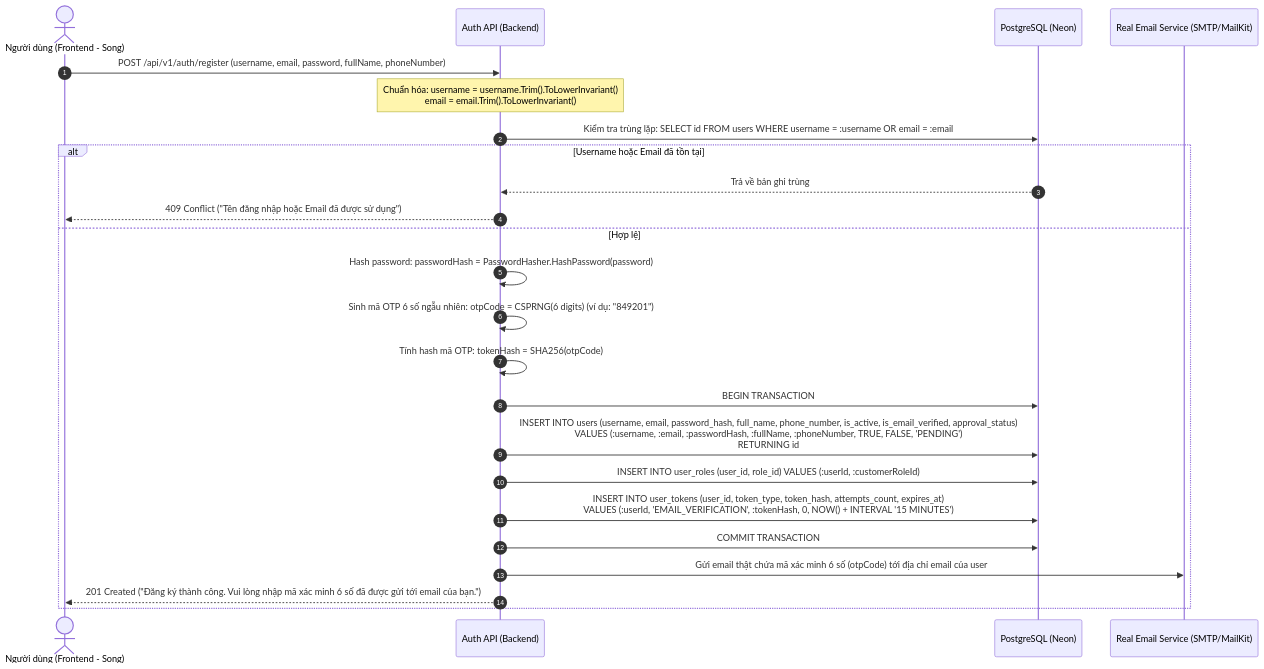
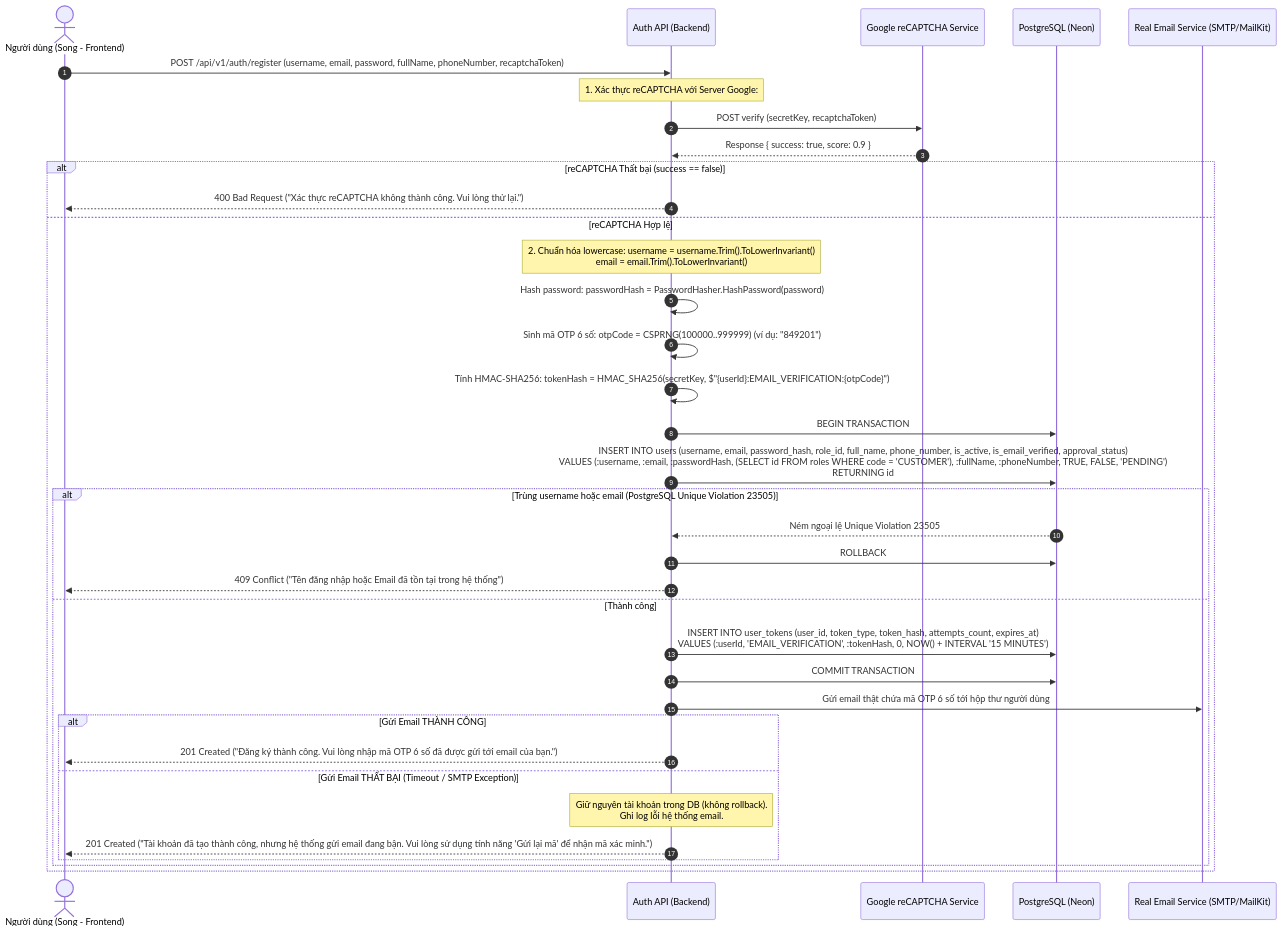
The first of 3 diagrams in docs/database/09_ACCOUNTS_AUTH_FLOWS.md (silver-phung/smart-parking-system), drawn with Mermaid before and after one commit. The commit also changed other lines of this file and 8 other files, not shown here.

First line of the commit message:
docs(database): finalize accounts database design and ERD specifications

````diff
--- a/docs/database/09_ACCOUNTS_AUTH_FLOWS.md
+++ b/docs/database/09_ACCOUNTS_AUTH_FLOWS.md
@@ -18,27 +35,42 @@
 ```mermaid
 sequenceDiagram
     autonumber
-    actor Client as Người dùng (Frontend - Song)
+    actor Client as Người dùng (Song - Frontend)
     participant API as Auth API (Backend)
+    participant reCAPTCHA as Google reCAPTCHA Service
     participant DB as PostgreSQL (Neon)
     participant Mail as Real Email Service (SMTP/MailKit)
 
-    Client->>API: POST /api/v1/auth/register (username, email, password, fullName, phoneNumber)
-    Note over API: Chuẩn hóa: username = username.Trim().ToLowerInvariant()<br/>email = email.Trim().ToLowerInvariant()
-    API->>DB: Kiểm tra trùng lặp: SELECT id FROM users WHERE username = :username OR email = :email
-    alt Username hoặc Email đã tồn tại
-        DB-->>API: Trả về bản ghi trùng
-        API-->>Client: 409 Conflict ("Tên đăng nhập hoặc Email đã được sử dụng")
-    else Hợp lệ
+    Client->>API: POST /api/v1/auth/register (username, email, password, fullName, phoneNumber, recaptchaToken)
+    
+    Note over API: 1. Xác thực reCAPTCHA với Server Google:
+    API->>reCAPTCHA: POST verify (secretKey, recaptchaToken)
+    reCAPTCHA-->>API: Response { success: true, score: 0.9 }
+    alt reCAPTCHA Thất bại (success == false)
+        API-->>Client: 400 Bad Request ("Xác thực reCAPTCHA không thành công. Vui lòng thử lại.")
+    else reCAPTCHA Hợp lệ
+        Note over API: 2. Chuẩn hóa lowercase: username = username.Trim().ToLowerInvariant()<br/>email = email.Trim().ToLowerInvariant()
         API->>API: Hash password: passwordHash = PasswordHasher.HashPassword(password)
-        API->>API: Sinh mã OTP 6 số ngẫu nhiên: otpCode = CSPRNG(6 digits) (ví dụ: "849201")
-        API->>API: Tính hash mã OTP: tokenHash = SHA256(otpCode)
+        API->>API: Sinh mã OTP 6 số: otpCode = CSPRNG(100000..999999) (ví dụ: "849201")
+        API->>API: Tính HMAC-SHA256: tokenHash = HMAC_SHA256(secretKey, $"{userId}:EMAIL_VERIFICATION:{otpCode}")
+        
         API->>DB: BEGIN TRANSACTION
-        API->>DB: INSERT INTO users (username, email, password_hash, full_name, phone_number, is_active, is_email_verified, approval_status)<br/>VALUES (:username, :email, :passwordHash, :fullName, :phoneNumber, TRUE, FALSE, 'PENDING')<br/>RETURNING id;
-        API->>DB: INSERT INTO user_roles (user_id, role_id) VALUES (:userId, :customerRoleId);
-        API->>DB: INSERT INTO user_tokens (user_id, token_type, token_hash, attempts_count, expires_at)<br/>VALUES (:userId, 'EMAIL_VERIFICATION', :tokenHash, 0, NOW() + INTERVAL '15 MINUTES');
-        API->>DB: COMMIT TRANSACTION
-        API->>Mail: Gửi email thật chứa mã xác minh 6 số (otpCode) tới địa chỉ email của user
-        API-->>Client: 201 Created ("Đăng ký thành công. Vui lòng nhập mã xác minh 6 số đã được gửi tới email của bạn.")
+        API->>DB: INSERT INTO users (username, email, password_hash, role_id, full_name, phone_number, is_active, is_email_verified, approval_status)<br/>VALUES (:username, :email, :passwordHash, (SELECT id FROM roles WHERE code = 'CUSTOMER'), :fullName, :phoneNumber, TRUE, FALSE, 'PENDING')<br/>RETURNING id;
+        alt Trùng username hoặc email (PostgreSQL Unique Violation 23505)
+            DB-->>API: Ném ngoại lệ Unique Violation 23505
+            API->>DB: ROLLBACK
+            API-->>Client: 409 Conflict ("Tên đăng nhập hoặc Email đã tồn tại trong hệ thống")
+        else Thành công
+            API->>DB: INSERT INTO user_tokens (user_id, token_type, token_hash, attempts_count, expires_at)<br/>VALUES (:userId, 'EMAIL_VERIFICATION', :tokenHash, 0, NOW() + INTERVAL '15 MINUTES');
+            API->>DB: COMMIT TRANSACTION
+            
+            API->>Mail: Gửi email thật chứa mã OTP 6 số tới hộp thư người dùng
+            alt Gửi Email THÀNH CÔNG
+                API-->>Client: 201 Created ("Đăng ký thành công. Vui lòng nhập mã OTP 6 số đã được gửi tới email của bạn.")
+            else Gửi Email THẤT BẠI (Timeout / SMTP Exception)
+                Note over API: Giữ nguyên tài khoản trong DB (không rollback).<br/>Ghi log lỗi hệ thống email.
+                API-->>Client: 201 Created ("Tài khoản đã tạo thành công, nhưng hệ thống gửi email đang bận. Vui lòng sử dụng tính năng 'Gửi lại mã' để nhận mã xác minh.")
+            end
+        end
     end
 ```
````
